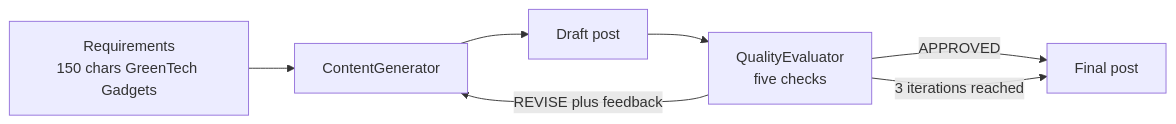
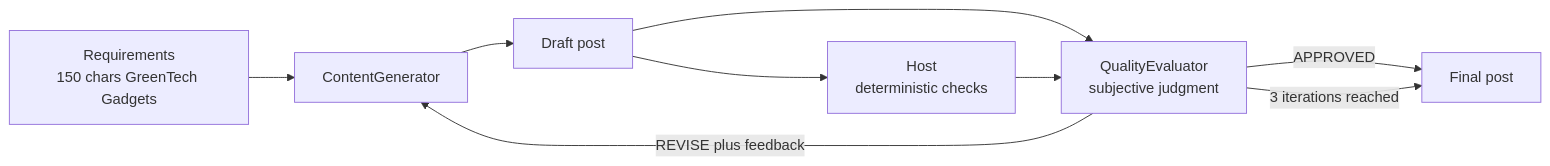
The diagram in PatternExplorer/patterns/SelfCorrectionLoop.md (arst/agentic-patterns), drawn with Mermaid before and after one commit. The commit also changed other lines of this file and 17 other files, not shown here.

````diff
--- a/PatternExplorer/patterns/SelfCorrectionLoop.md
+++ b/PatternExplorer/patterns/SelfCorrectionLoop.md
@@ -46,9 +50,11 @@
 ```mermaid
 flowchart LR
     R[Requirements<br/>150 chars GreenTech Gadgets] --> G[ContentGenerator]
     G --> D[Draft post]
-    D --> E[QualityEvaluator<br/>five checks]
+    D --> E[QualityEvaluator<br/>subjective judgment]
+    D --> H[Host<br/>deterministic checks]
+    H --> E
     E -->|APPROVED| F[Final post]
     E -->|REVISE plus feedback| G
     E -->|3 iterations reached| F
 ```
````
